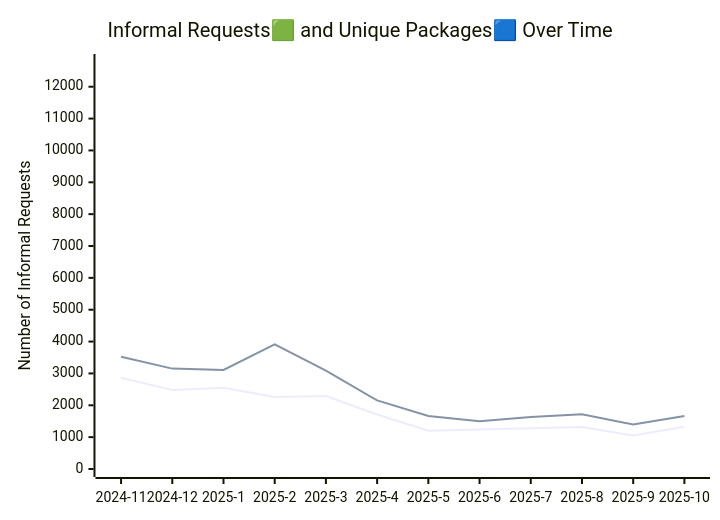
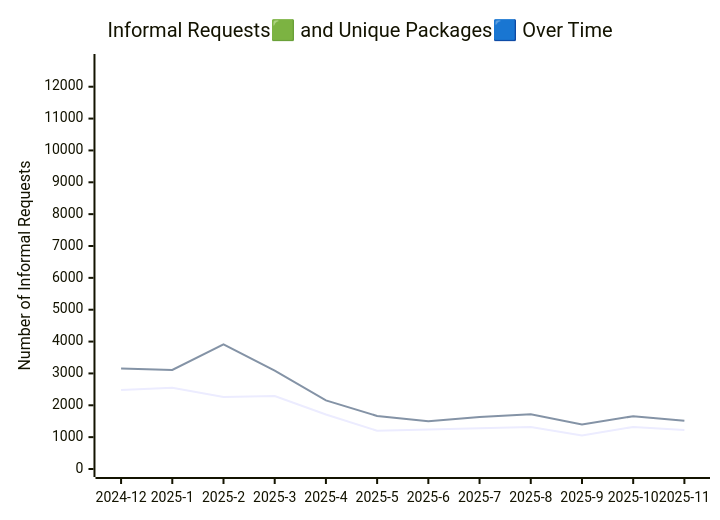
Before and after one commit to PatLittle/analytics-corporate-reporting: the diagram in ATI_INFORMAL_REPORT/readme.md, drawn with Mermaid. The commit also changed other lines of this file and 5 other files, not shown here.

````diff
--- a/ATI_INFORMAL_REPORT/readme.md
+++ b/ATI_INFORMAL_REPORT/readme.md
@@ -4,11 +4,11 @@
 ```mermaid
 
 xychart-beta
     title "Informal Requests🟩 and Unique Packages🟦 Over Time"
-    x-axis [2024-11, 2024-12, 2025-1, 2025-2, 2025-3, 2025-4, 2025-5, 2025-6, 2025-7, 2025-8, 2025-9, 2025-10]
+    x-axis [2024-12, 2025-1, 2025-2, 2025-3, 2025-4, 2025-5, 2025-6, 2025-7, 2025-8, 2025-9, 2025-10, 2025-11]
     y-axis "Unique Packages" 0 --> 10092
     y-axis "Number of Informal Requests" 0 --> 12776
 
-    line [2866, 2479, 2551, 2259, 2289, 1711, 1201, 1240, 1283, 1321, 1051, 1325]
-    line [3526, 3151, 3108, 3916, 3088, 2153, 1666, 1499, 1635, 1720, 1397, 1661]
+    line [2479, 2551, 2259, 2289, 1711, 1201, 1240, 1283, 1321, 1051, 1321, 1223]
+    line [3151, 3108, 3916, 3088, 2153, 1666, 1499, 1635, 1720, 1397, 1657, 1516]
 ```
````
